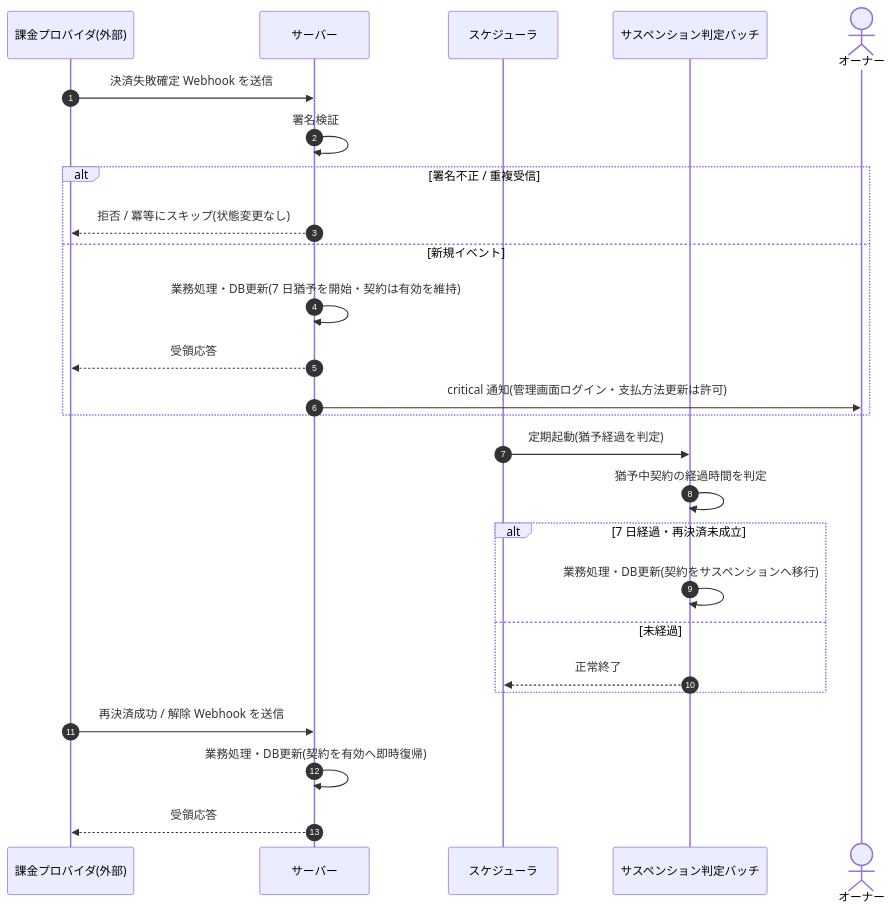
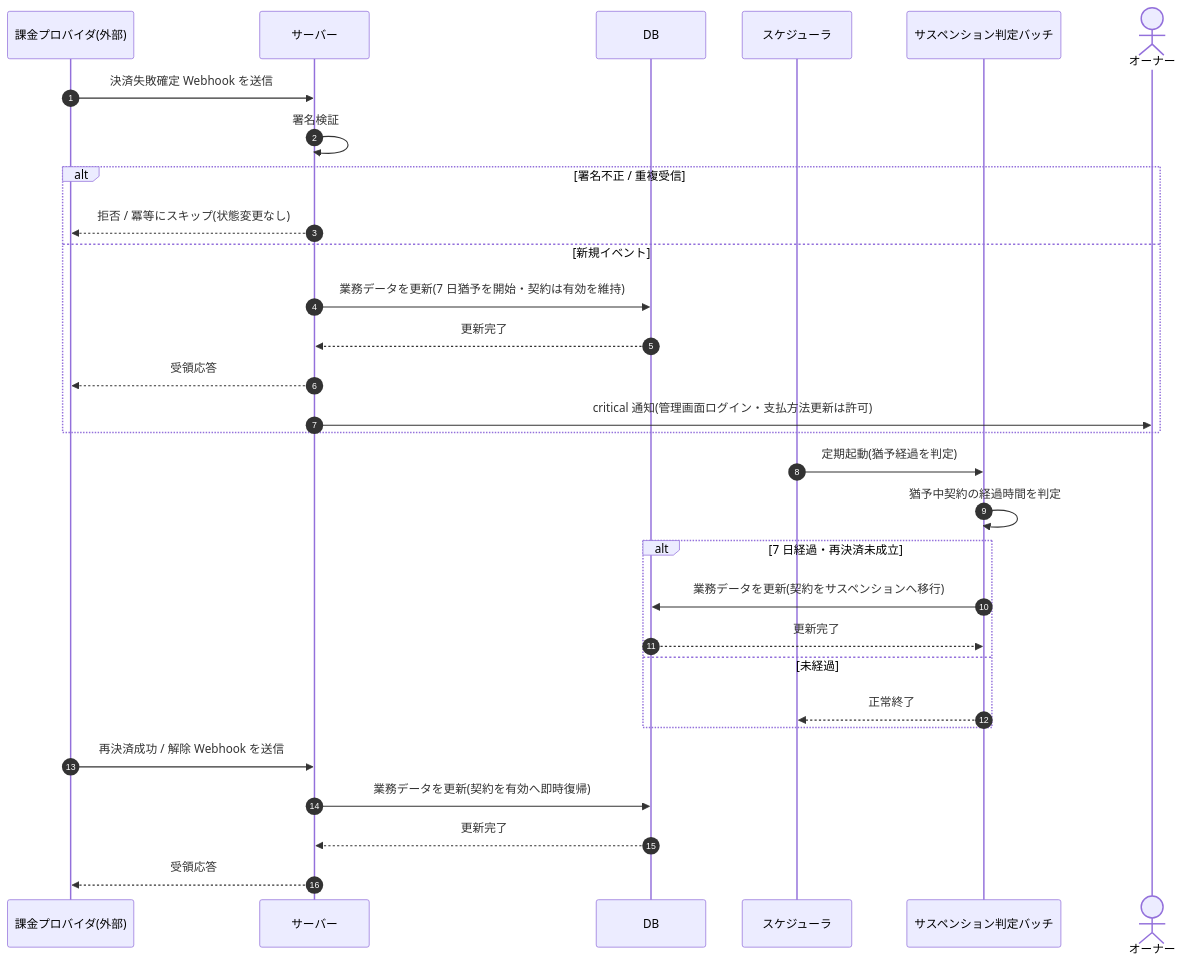
One commit to sikakou54/open-faq changed the diagram in 02_basic_design/03_sequences/SEQ-101.md. Above: the diagram before and after it, drawn with Mermaid. The commit also changed other lines of this file and 122 other files, not shown here.

First line of the commit message:
シーケンス図に DB アクターを追加(DB 操作をサーバー自己メッセージから分離)

````diff
--- a/02_basic_design/03_sequences/SEQ-101.md
+++ b/02_basic_design/03_sequences/SEQ-101.md
@@ -26,28 +26,32 @@
 ```mermaid
 sequenceDiagram
   autonumber
   participant P as 課金プロバイダ(外部)
   participant Server as サーバー
+  participant DB as DB
   participant SCH as スケジューラ
   participant B as サスペンション判定バッチ
   actor O as オーナー
   P->>Server: 決済失敗確定 Webhook を送信
   Server->>Server: 署名検証
   alt 署名不正 / 重複受信
     Server-->>P: 拒否 / 冪等にスキップ(状態変更なし)
   else 新規イベント
-    Server->>Server: 業務処理・DB更新(7 日猶予を開始・契約は有効を維持)
+    Server->>DB: 業務データを更新(7 日猶予を開始・契約は有効を維持)
+    DB-->>Server: 更新完了
     Server-->>P: 受領応答
     Server->>O: critical 通知(管理画面ログイン・支払方法更新は許可)
   end
   SCH->>B: 定期起動(猶予経過を判定)
   B->>B: 猶予中契約の経過時間を判定
   alt 7 日経過・再決済未成立
-    B->>B: 業務処理・DB更新(契約をサスペンションへ移行)
+    B->>DB: 業務データを更新(契約をサスペンションへ移行)
+    DB-->>B: 更新完了
   else 未経過
     B-->>SCH: 正常終了
   end
   P->>Server: 再決済成功 / 解除 Webhook を送信
-  Server->>Server: 業務処理・DB更新(契約を有効へ即時復帰)
+  Server->>DB: 業務データを更新(契約を有効へ即時復帰)
+  DB-->>Server: 更新完了
   Server-->>P: 受領応答
 ```
````
